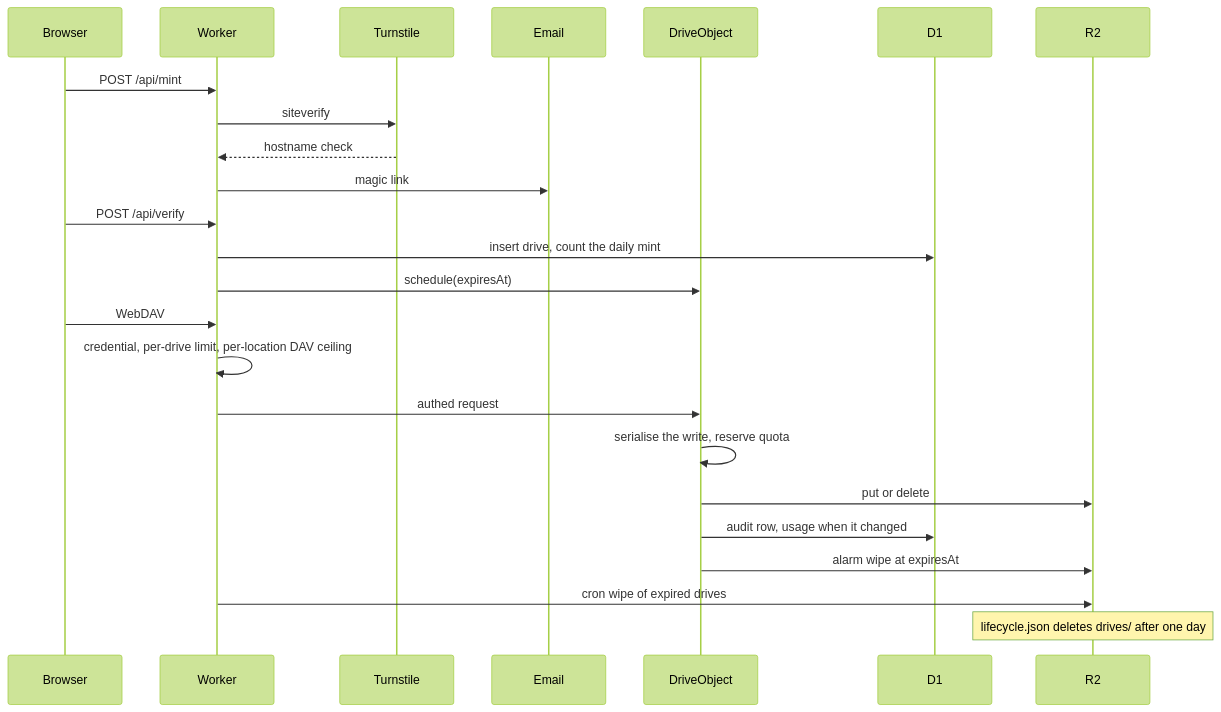
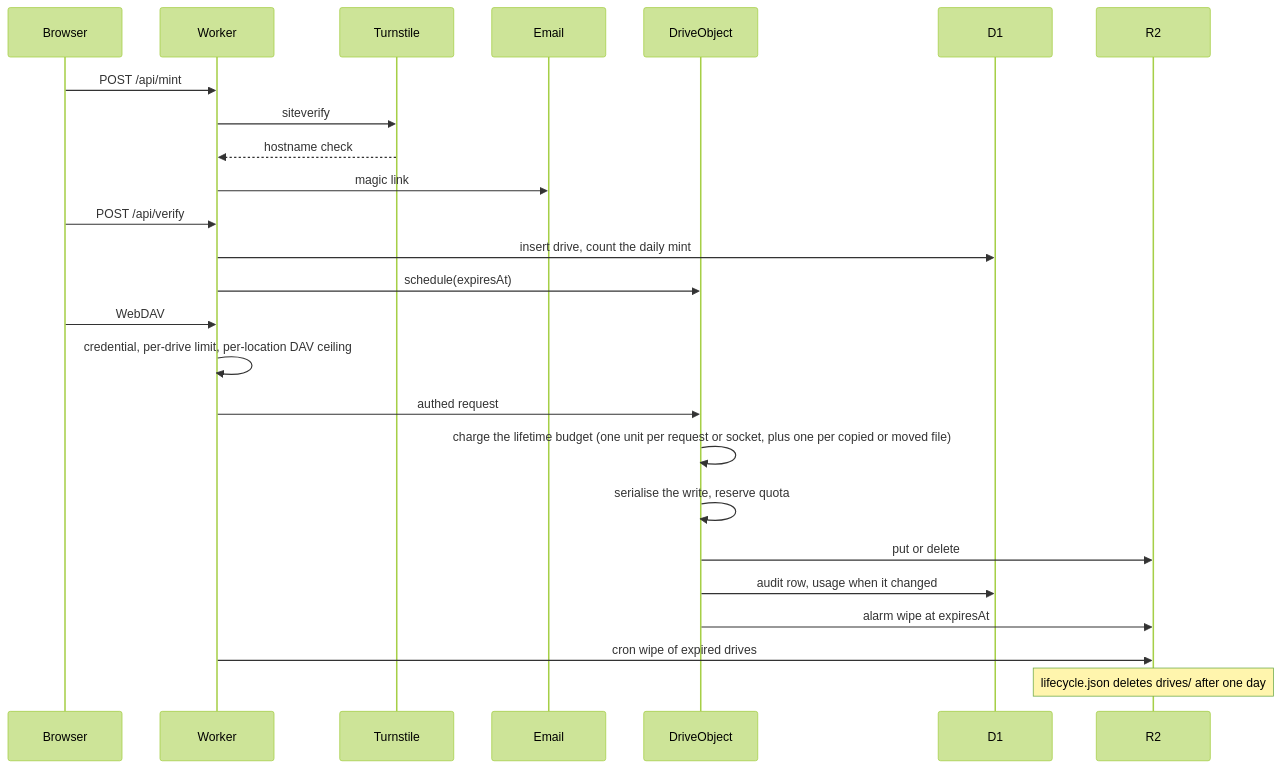
One commit to theserverlessdev/tech-demos changed the diagram in demos/r2-drive/README.md. Above: the diagram before and after it, drawn with Mermaid (forest theme). The commit also changed other lines of this file and 11 other files, not shown here.

First line of the commit message:
Charge COPY and MOVE one unit per file written.

````diff
--- a/demos/r2-drive/README.md
+++ b/demos/r2-drive/README.md
@@ -7,26 +7,27 @@
 ```mermaid
 sequenceDiagram
   participant Browser
   participant Worker
   participant Turnstile
   participant Email
   participant DO as DriveObject
   participant D1
   participant R2
   Browser->>Worker: POST /api/mint
   Worker->>Turnstile: siteverify
   Turnstile-->>Worker: hostname check
   Worker->>Email: magic link
   Browser->>Worker: POST /api/verify
   Worker->>D1: insert drive, count the daily mint
   Worker->>DO: schedule(expiresAt)
   Browser->>Worker: WebDAV
   Worker->>Worker: credential, per-drive limit, per-location DAV ceiling
   Worker->>DO: authed request
+  DO->>DO: charge the lifetime budget (one unit per request or socket, plus one per copied or moved file)
   DO->>DO: serialise the write, reserve quota
   DO->>R2: put or delete
   DO->>D1: audit row, usage when it changed
   DO->>R2: alarm wipe at expiresAt
   Worker->>R2: cron wipe of expired drives
   Note over R2: lifecycle.json deletes drives/ after one day
 ```
````
